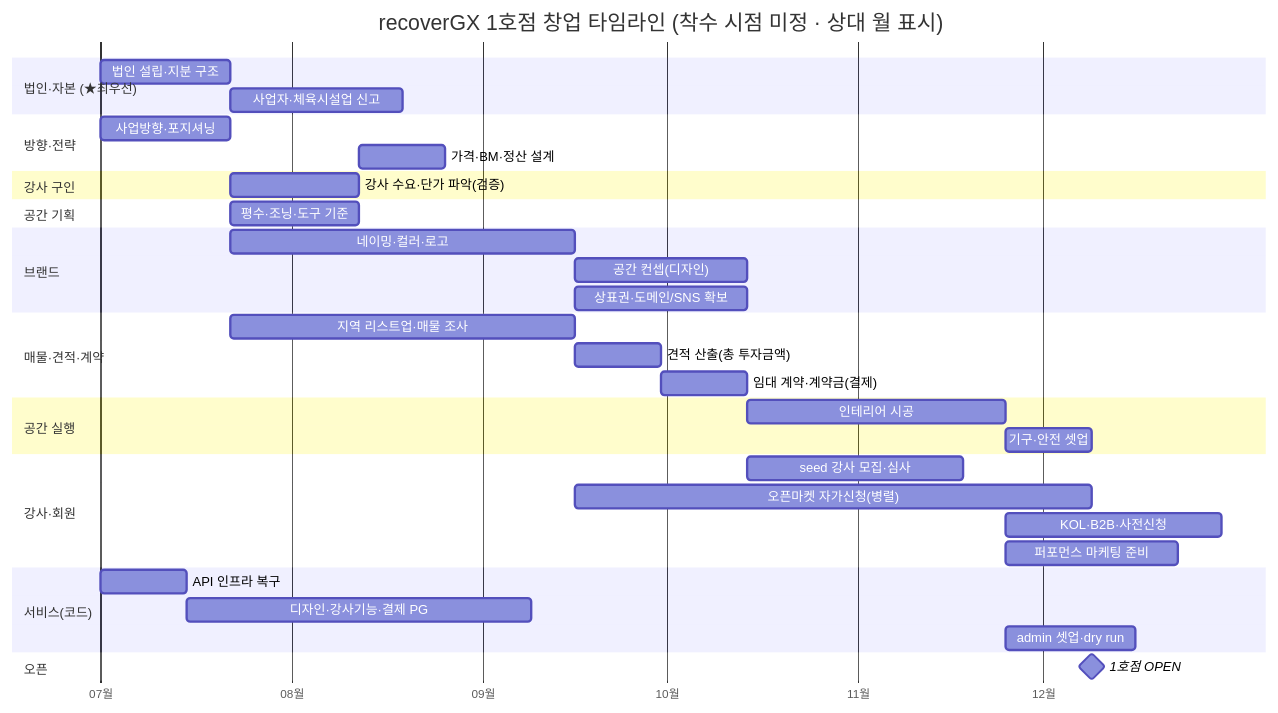
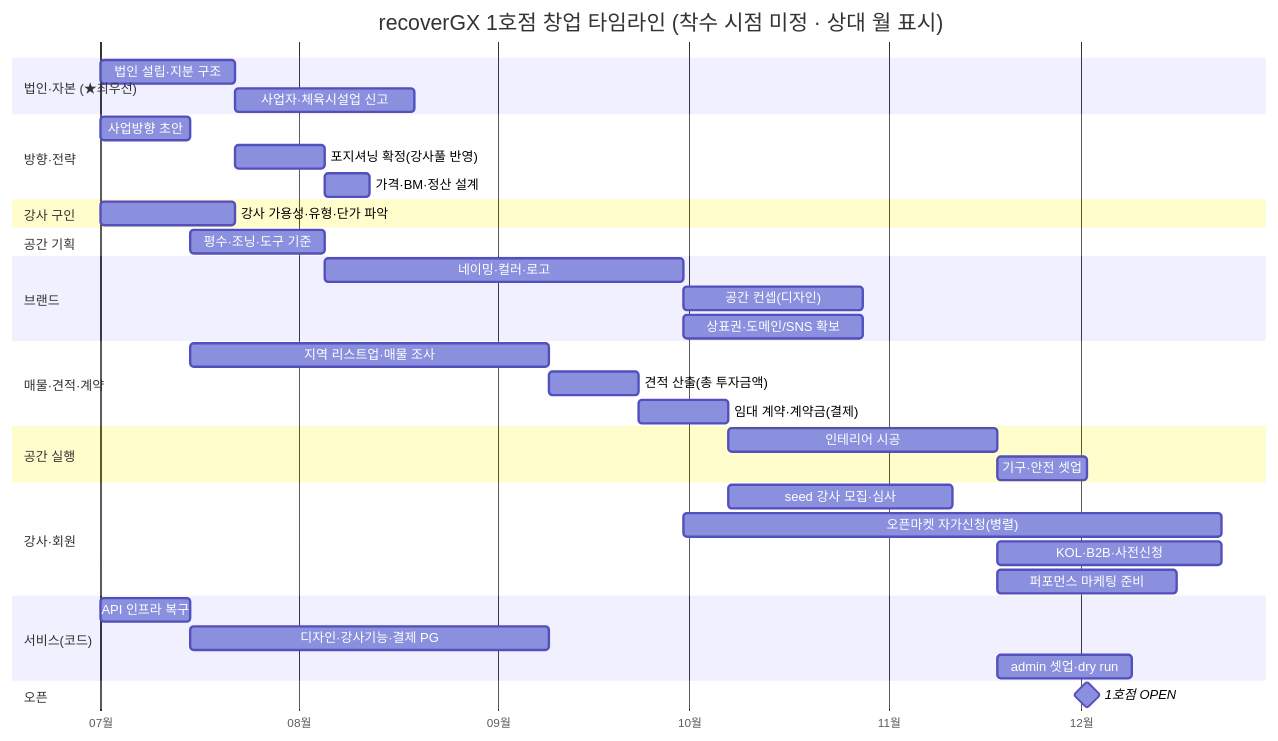
Before and after one commit to Young-000/pt-platform-docs: the first of 2 diagrams in operations/tech-tree.md, drawn with Mermaid. The commit also changed other lines of this file, not shown here.

Commit message:
docs(tech-tree): 강사 가용성·유형 파악 → 포지셔닝 확정 의존성 반영 (강사풀이 컨셉·가격 좌우)

````diff
--- a/operations/tech-tree.md
+++ b/operations/tech-tree.md
@@ -17,49 +17,50 @@
 ```mermaid
 gantt
     title recoverGX 1호점 창업 타임라인 (착수 시점 미정 · 상대 월 표시)
     dateFormat YYYY-MM-DD
     axisFormat %m월
     tickInterval 1month
 
     section 법인·자본 (★최우선)
     법인 설립·지분 구조         :c0, 2026-07-01, 3w
     사업자·체육시설업 신고       :c1, after c0, 4w
 
     section 방향·전략
-    사업방향·포지셔닝           :d0, 2026-07-01, 3w
-    가격·BM·정산 설계          :d1, after m1, 2w
+    사업방향 초안              :d0, 2026-07-01, 2w
+    포지셔닝 확정(강사풀 반영)   :d2, after m1, 2w
+    가격·BM·정산 설계          :d1, after d2, 1w
 
     section 강사 구인
-    강사 수요·단가 파악(검증)    :m1, after d0, 3w
+    강사 가용성·유형·단가 파악   :m1, 2026-07-01, 3w
 
     section 공간 기획
     평수·조닝·도구 기준         :g1, after d0, 3w
 
     section 브랜드
-    네이밍·컬러·로고            :b1, after d0, 8w
+    네이밍·컬러·로고            :b1, after d2, 8w
     공간 컨셉(디자인)           :b2, after b1, 4w
     상표권·도메인/SNS 확보       :b3, after b1, 4w
 
     section 매물·견적·계약
     지역 리스트업·매물 조사      :r1, after d0, 8w
     견적 산출(총 투자금액)       :r2, after r1, 2w
     임대 계약·계약금(결제)       :s1, after r2, 2w
 
     section 공간 실행
     인테리어 시공              :s2, after s1, 6w
     기구·안전 셋업             :s3, after s2, 2w
 
     section 강사·회원
     seed 강사 모집·심사         :m3, after s1, 5w
     오픈마켓 자가신청(병렬)      :m4, after b1, 12w
     KOL·B2B·사전신청           :u1, after s2, 5w
     퍼포먼스 마케팅 준비         :u2, after s2, 4w
 
     section 서비스(코드)
     API 인프라 복구            :p1, 2026-07-01, 2w
     디자인·강사기능·결제 PG     :p2, after p1, 8w
     admin 셋업·dry run         :p3, after s2, 3w
 
     section 오픈
     1호점 OPEN                :milestone, open, after s3, 0d
 ```
````
